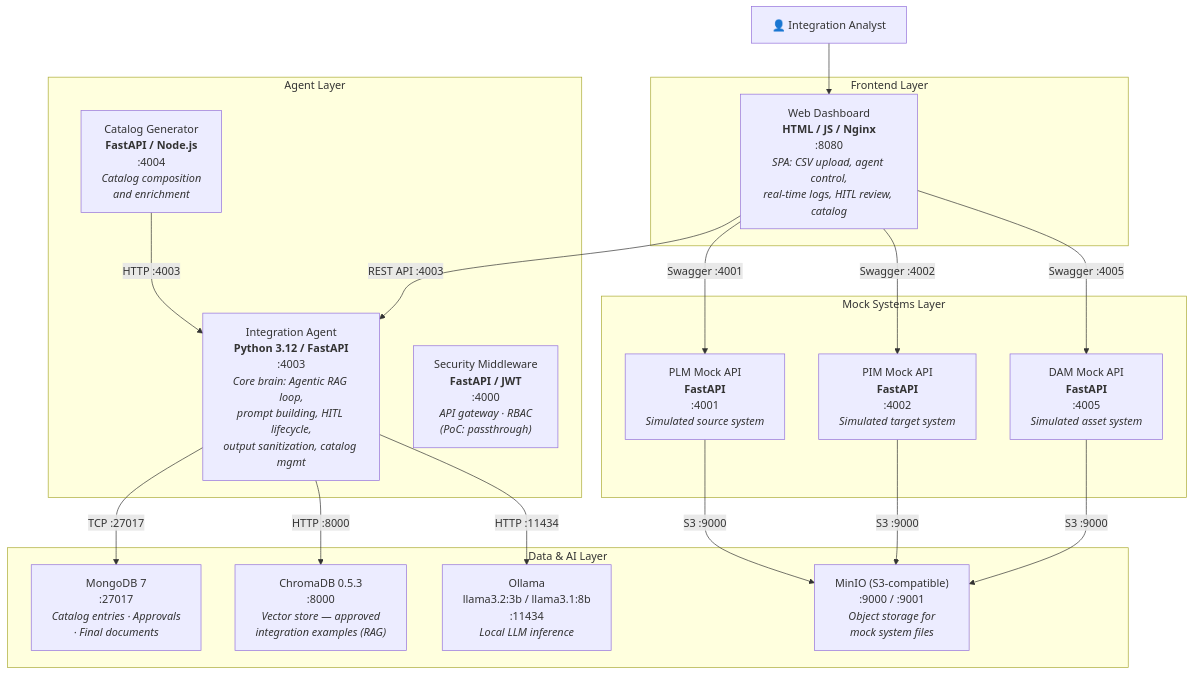
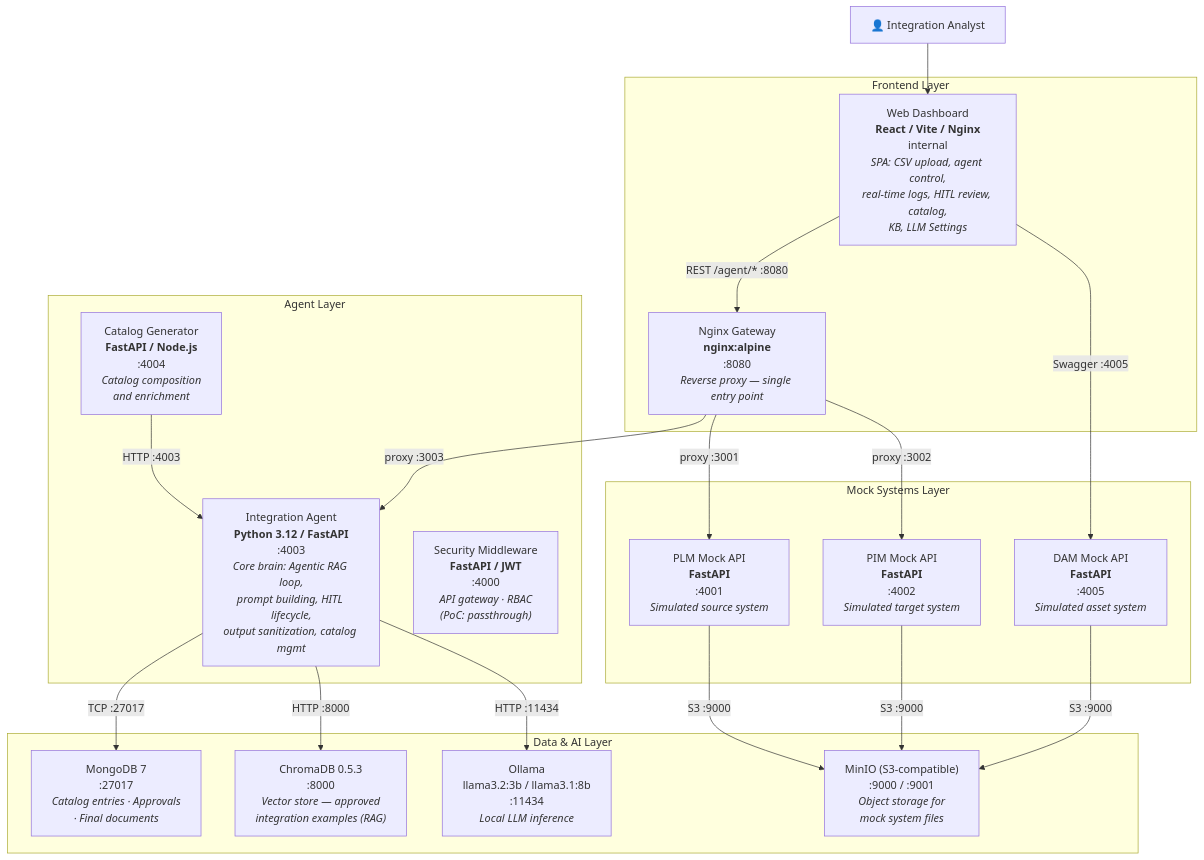
One commit to emigritti/mate-poc changed the second of 22 diagrams in docs/architecture_specification.md. Above: the diagram before and after it, drawn with Mermaid. The commit also changed other lines of this file and 2 other files, not shown here.

First line of the commit message:
docs: ADR-022 nginx gateway + update arch spec and functional guide

````diff
--- a/docs/architecture_specification.md
+++ b/docs/architecture_specification.md
@@ -143,40 +143,42 @@
 ```mermaid
 graph TB
     analyst["👤 Integration Analyst"]
 
     subgraph frontend["Frontend Layer"]
-        dashboard["Web Dashboard<br/><b>HTML / JS / Nginx</b><br/>:8080<br/><i>SPA: CSV upload, agent control,<br/>real-time logs, HITL review, catalog</i>"]
+        gateway["Nginx Gateway<br/><b>nginx:alpine</b><br/>:8080<br/><i>Reverse proxy — single entry point</i>"]
+        dashboard["Web Dashboard<br/><b>React / Vite / Nginx</b><br/>internal<br/><i>SPA: CSV upload, agent control,<br/>real-time logs, HITL review, catalog,<br/>KB, LLM Settings</i>"]
     end
 
     subgraph agent_layer["Agent Layer"]
         agent["Integration Agent<br/><b>Python 3.12 / FastAPI</b><br/>:4003<br/><i>Core brain: Agentic RAG loop,<br/>prompt building, HITL lifecycle,<br/>output sanitization, catalog mgmt</i>"]
         catalog_gen["Catalog Generator<br/><b>FastAPI / Node.js</b><br/>:4004<br/><i>Catalog composition<br/>and enrichment</i>"]
         security_mw["Security Middleware<br/><b>FastAPI / JWT</b><br/>:4000<br/><i>API gateway · RBAC<br/>(PoC: passthrough)</i>"]
     end
 
     subgraph data_layer["Data & AI Layer"]
         mongo["MongoDB 7<br/>:27017<br/><i>Catalog entries · Approvals<br/>· Final documents</i>"]
         chroma["ChromaDB 0.5.3<br/>:8000<br/><i>Vector store — approved<br/>integration examples (RAG)</i>"]
         ollama["Ollama<br/>llama3.2:3b / llama3.1:8b<br/>:11434<br/><i>Local LLM inference</i>"]
         minio["MinIO (S3-compatible)<br/>:9000 / :9001<br/><i>Object storage for<br/>mock system files</i>"]
     end
 
     subgraph mock_layer["Mock Systems Layer"]
         plm["PLM Mock API<br/><b>FastAPI</b><br/>:4001<br/><i>Simulated source system</i>"]
         pim["PIM Mock API<br/><b>FastAPI</b><br/>:4002<br/><i>Simulated target system</i>"]
         dam["DAM Mock API<br/><b>FastAPI</b><br/>:4005<br/><i>Simulated asset system</i>"]
     end
 
     analyst --> dashboard
-    dashboard -- "REST API :4003" --> agent
+    dashboard -- "REST /agent/* :8080" --> gateway
+    gateway -- "proxy :3003" --> agent
     agent -- "TCP :27017" --> mongo
     agent -- "HTTP :8000" --> chroma
     agent -- "HTTP :11434" --> ollama
-    dashboard -- "Swagger :4001" --> plm
-    dashboard -- "Swagger :4002" --> pim
+    gateway -- "proxy :3001" --> plm
+    gateway -- "proxy :3002" --> pim
     dashboard -- "Swagger :4005" --> dam
     plm -- "S3 :9000" --> minio
     pim -- "S3 :9000" --> minio
     dam -- "S3 :9000" --> minio
     catalog_gen -- "HTTP :4003" --> agent
 ```
````
